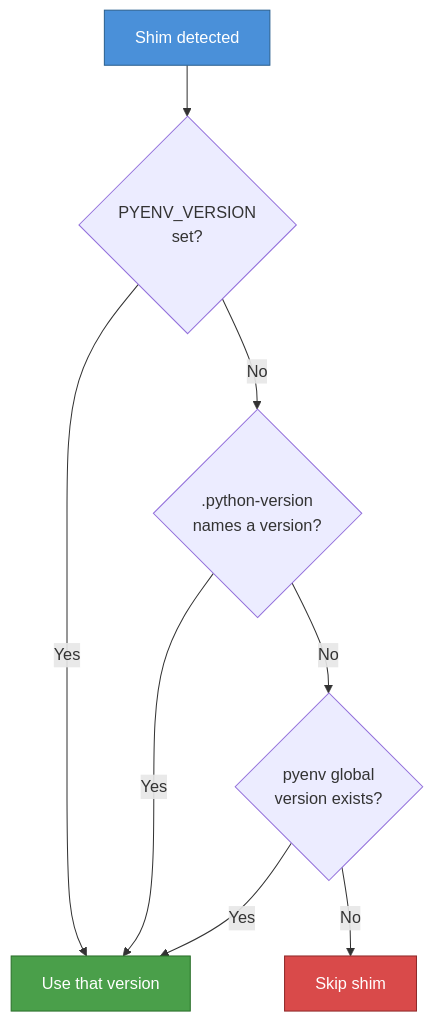
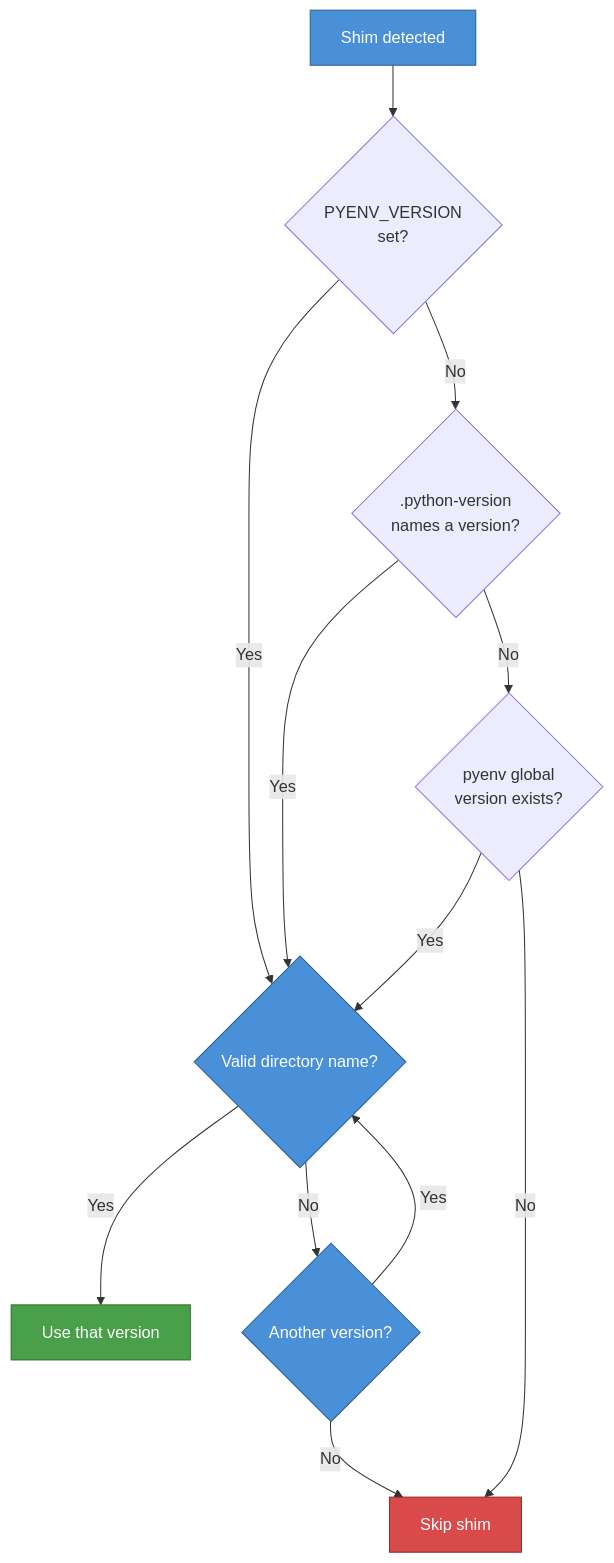
The second of 7 diagrams in docs/explanation.rst (tox-dev/python-discovery), drawn with Mermaid before and after one commit. The commit also changed other lines of this file and 3 other files, not shown here.

```diff
--- a/docs/explanation.rst
+++ b/docs/explanation.rst
@@ -52,14 +52,20 @@
 .. mermaid::
 
     flowchart TD
         Shim["Shim detected"] --> EnvVar{"PYENV_VERSION<br>set?"}
-        EnvVar -->|Yes| Use["Use that version"]
+        EnvVar -->|Yes| Valid{"Valid directory name?"}
         EnvVar -->|No| File{".python-version<br>names a version?"}
-        File -->|Yes| Use
+        File -->|Yes| Valid
         File -->|No| Global{"pyenv global<br>version exists?"}
-        Global -->|Yes| Use
+        Global -->|Yes| Valid
         Global -->|No| Skip["Skip shim"]
+        Valid -->|Yes| Use["Use that version"]
+        Valid -->|No| More{"Another version?"}
+        More -->|Yes| Valid
+        More -->|No| Skip
 
         style Shim fill:#4a90d9,stroke:#2a5f8f,color:#fff
+        style Valid fill:#4a90d9,stroke:#2a5f8f,color:#fff
+        style More fill:#4a90d9,stroke:#2a5f8f,color:#fff
         style Use fill:#4a9f4a,stroke:#2a6f2a,color:#fff
         style Skip fill:#d94a4a,stroke:#8f2a2a,color:#fff
```
